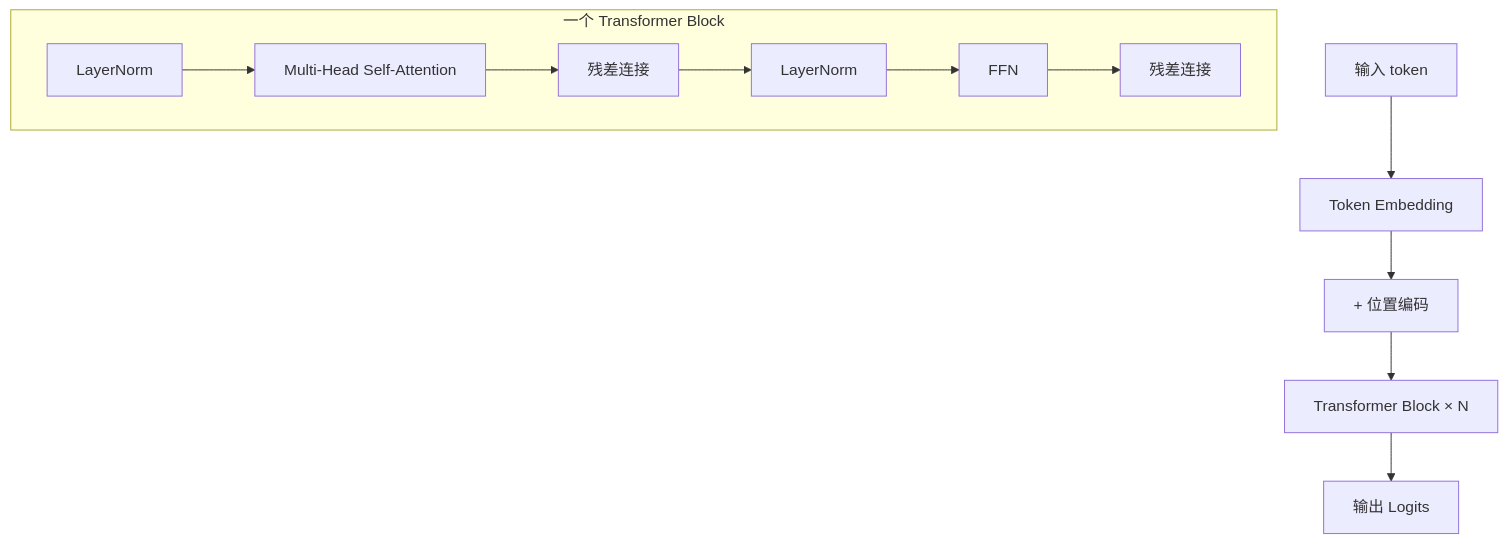
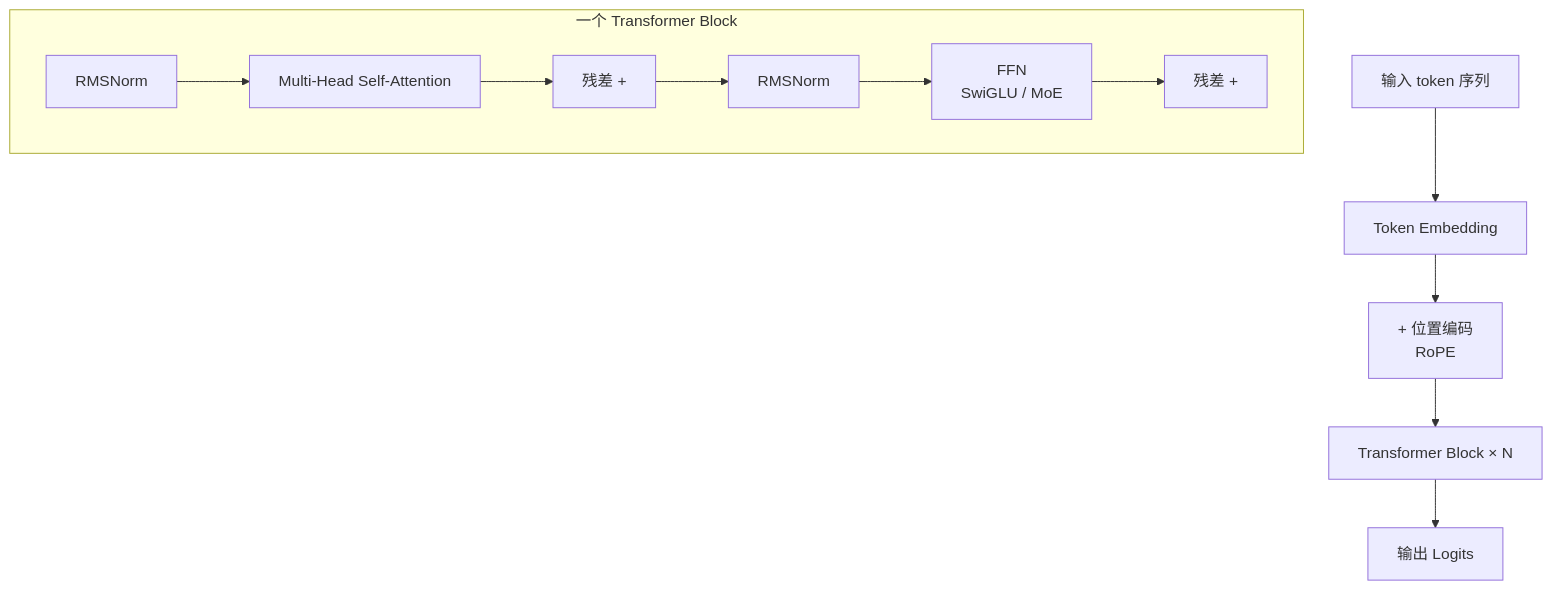
Before and after one commit to Laughingtt/agentkit: the first of 6 diagrams in part-1-大模型基础/ch03-transformer与注意力.md, drawn with Mermaid. The commit also changed other lines of this file, not shown here.

Commit message:
Fix Ch3: 初学者可懂性优化（直觉优先 + 增加类比/图示 + 简化公式）

````diff
--- a/part-1-大模型基础/ch03-transformer与注意力.md
+++ b/part-1-大模型基础/ch03-transformer与注意力.md
@@ -20,14 +20,14 @@
 ```mermaid
 graph TD
-    A[输入 token] --> B[Token Embedding]
-    B --> C[+ 位置编码]
+    A[输入 token 序列] --> B[Token Embedding]
+    B --> C[+ 位置编码<br/>RoPE]
     C --> D[Transformer Block × N]
     D --> E[输出 Logits]
     subgraph "一个 Transformer Block"
-        F[LayerNorm] --> G[Multi-Head Self-Attention]
-        G --> H[残差连接]
-        H --> I[LayerNorm]
-        I --> J[FFN]
-        J --> K[残差连接]
+        F[RMSNorm] --> G[Multi-Head Self-Attention]
+        G --> H[残差 +]
+        H --> I[RMSNorm]
+        I --> J[FFN<br/>SwiGLU / MoE]
+        J --> K[残差 +]
     end
 ```
````
